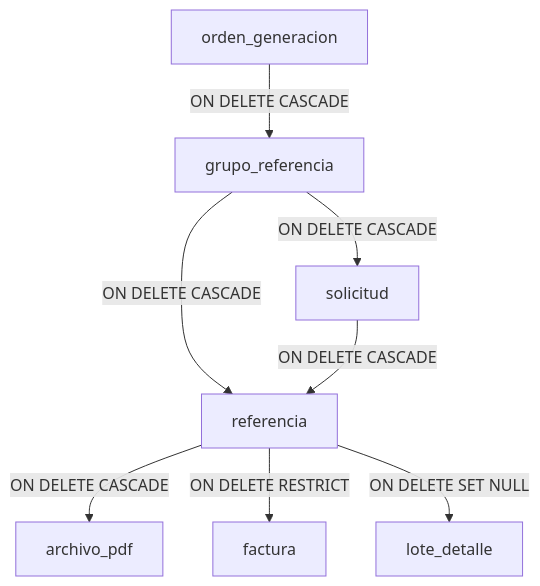
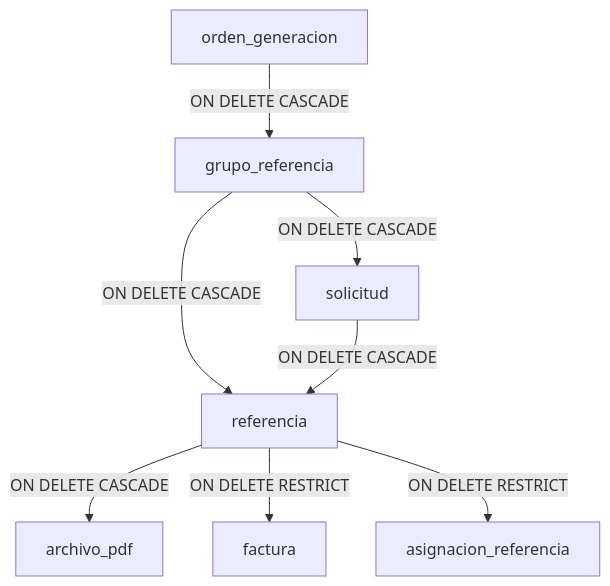
The diagram in sar/doc_sar/14_SAR-DB-DELETE-ORDER.md (dramos-gl/Capture_Bot), drawn with Mermaid before and after one commit. The commit also changed other lines of this file and 10 other files, not shown here.

````diff
--- a/sar/doc_sar/14_SAR-DB-DELETE-ORDER.md
+++ b/sar/doc_sar/14_SAR-DB-DELETE-ORDER.md
@@ -11,10 +11,10 @@
 ```mermaid
 graph TD
     OG[orden_generacion] -->|ON DELETE CASCADE| GR[grupo_referencia]
     GR -->|ON DELETE CASCADE| S[solicitud]
     GR -->|ON DELETE CASCADE| R[referencia]
     S -->|ON DELETE CASCADE| R
     R -->|ON DELETE CASCADE| AP[archivo_pdf]
     R -->|ON DELETE RESTRICT| F[factura]
-    R -->|ON DELETE SET NULL| LD[lote_detalle]
+    R -->|ON DELETE RESTRICT| AR[asignacion_referencia]
 ```
````
